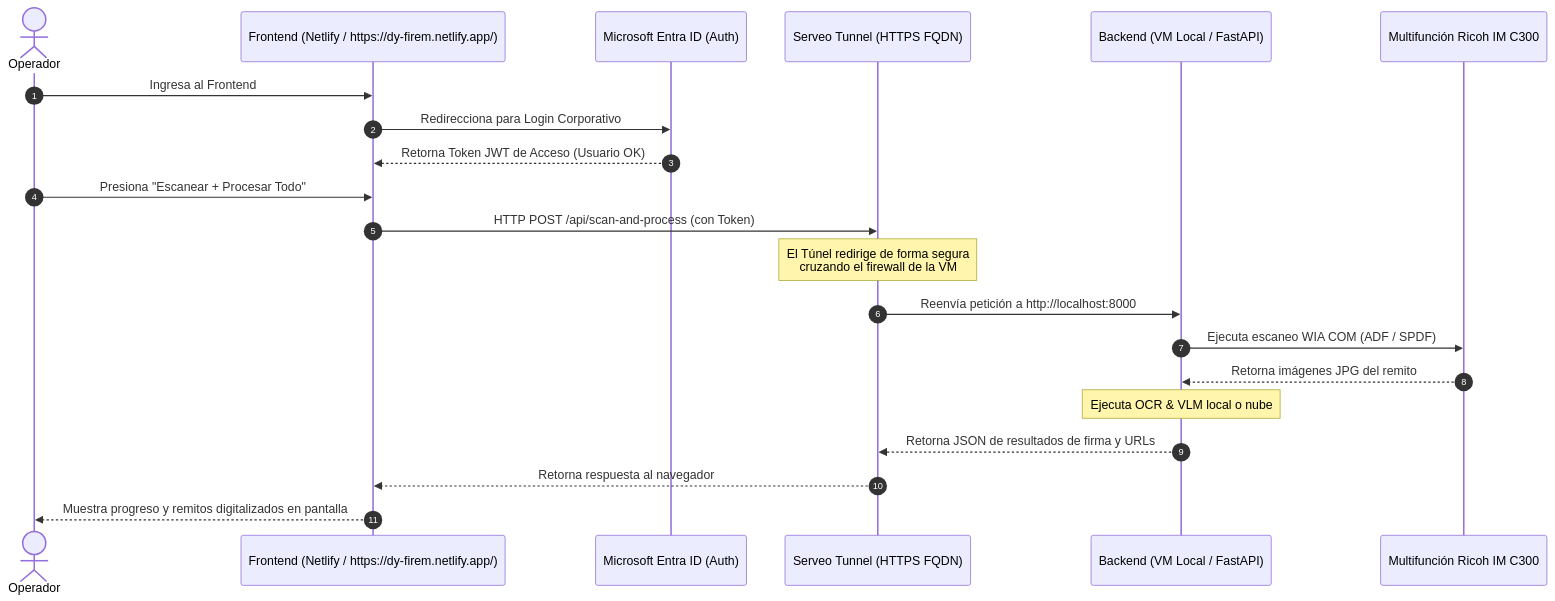
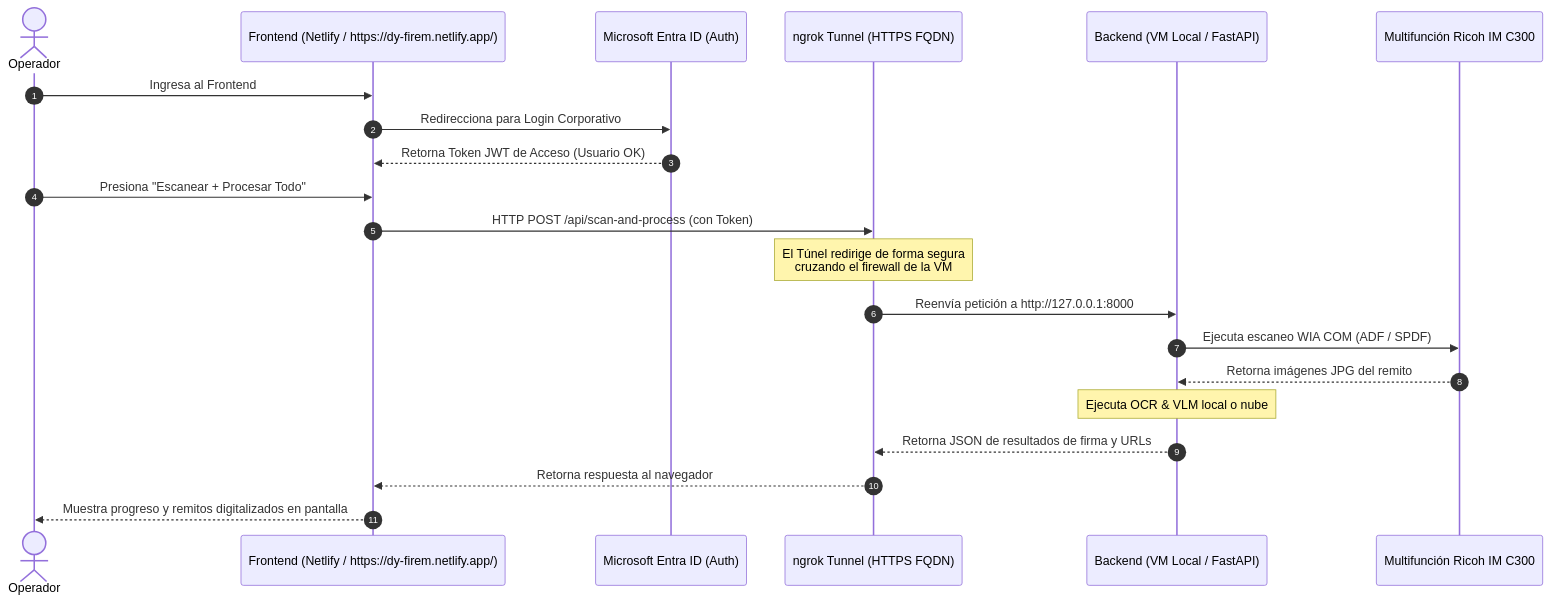
The second of 2 diagrams in README.md (don-yeyo/dy_firma_remitos), drawn with Mermaid before and after one commit. The commit also changed other lines of this file and 4 other files, not shown here.

````diff
--- a/README.md
+++ b/README.md
@@ -127,24 +127,24 @@
 ```mermaid
 sequenceDiagram
     autonumber
     actor Operador
     participant App as Frontend (Netlify / https://dy-firem.netlify.app/)
     participant AAD as Microsoft Entra ID (Auth)
-    participant ST as Serveo Tunnel (HTTPS FQDN)
+    participant NG as ngrok Tunnel (HTTPS FQDN)
     participant VM as Backend (VM Local / FastAPI)
     participant Ricoh as Multifunción Ricoh IM C300
 
     Operador->>App: Ingresa al Frontend
     App->>AAD: Redirecciona para Login Corporativo
     AAD-->>App: Retorna Token JWT de Acceso (Usuario OK)
     Operador->>App: Presiona "Escanear + Procesar Todo"
-    App->>ST: HTTP POST /api/scan-and-process (con Token)
-    Note over ST: El Túnel redirige de forma segura<br/>cruzando el firewall de la VM
-    ST->>VM: Reenvía petición a http://localhost:8000
+    App->>NG: HTTP POST /api/scan-and-process (con Token)
+    Note over NG: El Túnel redirige de forma segura<br/>cruzando el firewall de la VM
+    NG->>VM: Reenvía petición a http://127.0.0.1:8000
     VM->>Ricoh: Ejecuta escaneo WIA COM (ADF / SPDF)
     Ricoh-->>VM: Retorna imágenes JPG del remito
     Note over VM: Ejecuta OCR & VLM local o nube
-    VM-->>ST: Retorna JSON de resultados de firma y URLs
-    ST-->>App: Retorna respuesta al navegador
+    VM-->>NG: Retorna JSON de resultados de firma y URLs
+    NG-->>App: Retorna respuesta al navegador
     App-->>Operador: Muestra progreso y remitos digitalizados en pantalla
 ```
````
